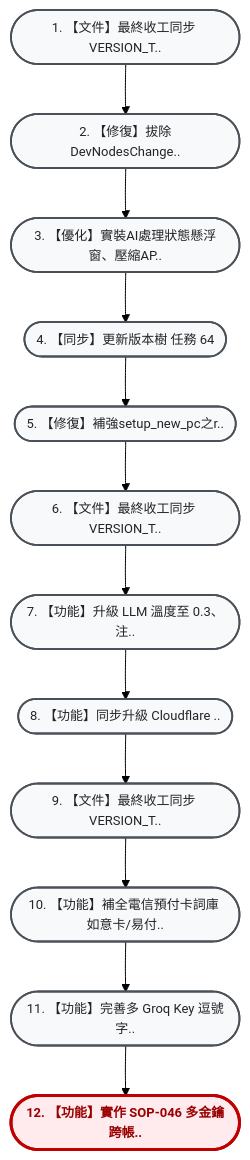
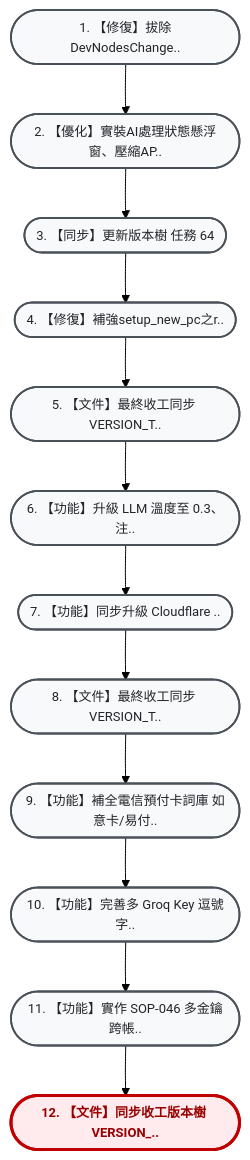
One commit to hjen8/NoType-Scribe changed the diagram in VERSION_TREE.md. Above: the diagram before and after it, drawn with Mermaid (forest theme). The commit also changed other lines of this file, not shown here.

Commit message:
docs: 收工同步版本樹與全局超大腦地圖

````diff
--- a/VERSION_TREE.md
+++ b/VERSION_TREE.md
@@ -13,32 +13,32 @@
 ```mermaid
 flowchart TD
     %% 雙壁版本樹專用視覺化配色風格 (由上而下 TD 垂直大字純中文版)
     classDef default fill:#f8f9fa,stroke:#495057,stroke-width:1.8px,color:#212529,font-size:13px;
     classDef current fill:#ffebee,stroke:#c00000,stroke-width:3px,color:#900,font-weight:bold,font-size:13px;
     classDef mergeNode fill:#e3f2fd,stroke:#1565c0,stroke-width:2px,color:#0d47a1,font-size:13px;
     classDef detour fill:#fff3e0,stroke:#e65100,stroke-width:2px,color:#b78103,font-size:13px;
     classDef transplant fill:#f3e5f5,stroke:#4a148c,stroke-width:2.5px,color:#4a148c,font-weight:bold,font-size:13px;
-    n_cc1d9fb(["1. 【文件】最終收工同步 VERSION_T.."]):::default
-    n_c832e4a(["2. 【修復】拔除DevNodesChange.."]):::default
-    n_f79b0ab(["3. 【優化】實裝AI處理狀態懸浮窗、壓縮AP.."]):::default
-    n_8efb4a5(["4. 【同步】更新版本樹 任務 64"]):::default
-    n_b742715(["5. 【修復】補強setup_new_pc之r.."]):::default
-    n_5fb84f1(["6. 【文件】最終收工同步 VERSION_T.."]):::default
-    n_d768dea(["7. 【功能】升級 LLM 溫度至 0.3、注.."]):::default
-    n_3c6dba7(["8. 【功能】同步升級 Cloudflare .."]):::default
-    n_bbc9770(["9. 【文件】最終收工同步 VERSION_T.."]):::default
-    n_7440da6(["10. 【功能】補全電信預付卡詞庫 如意卡/易付.."]):::default
-    n_4cc62de(["11. 【功能】完善多 Groq Key 逗號字.."]):::default
-    n_7373595(["12. 【功能】實作 SOP-046 多金鑰跨帳.."]):::current
-    n_cc1d9fb --> n_c832e4a
+    n_c832e4a(["1. 【修復】拔除DevNodesChange.."]):::default
+    n_f79b0ab(["2. 【優化】實裝AI處理狀態懸浮窗、壓縮AP.."]):::default
+    n_8efb4a5(["3. 【同步】更新版本樹 任務 64"]):::default
+    n_b742715(["4. 【修復】補強setup_new_pc之r.."]):::default
+    n_5fb84f1(["5. 【文件】最終收工同步 VERSION_T.."]):::default
+    n_d768dea(["6. 【功能】升級 LLM 溫度至 0.3、注.."]):::default
+    n_3c6dba7(["7. 【功能】同步升級 Cloudflare .."]):::default
+    n_bbc9770(["8. 【文件】最終收工同步 VERSION_T.."]):::default
+    n_7440da6(["9. 【功能】補全電信預付卡詞庫 如意卡/易付.."]):::default
+    n_4cc62de(["10. 【功能】完善多 Groq Key 逗號字.."]):::default
+    n_7373595(["11. 【功能】實作 SOP-046 多金鑰跨帳.."]):::default
+    n_c38586c(["12. 【文件】同步收工版本樹 VERSION_.."]):::current
     n_c832e4a --> n_f79b0ab
     n_f79b0ab --> n_8efb4a5
     n_8efb4a5 --> n_b742715
     n_b742715 --> n_5fb84f1
     n_5fb84f1 --> n_d768dea
     n_d768dea --> n_3c6dba7
     n_3c6dba7 --> n_bbc9770
     n_bbc9770 --> n_7440da6
     n_7440da6 --> n_4cc62de
     n_4cc62de --> n_7373595
+    n_7373595 --> n_c38586c
 ```
````
